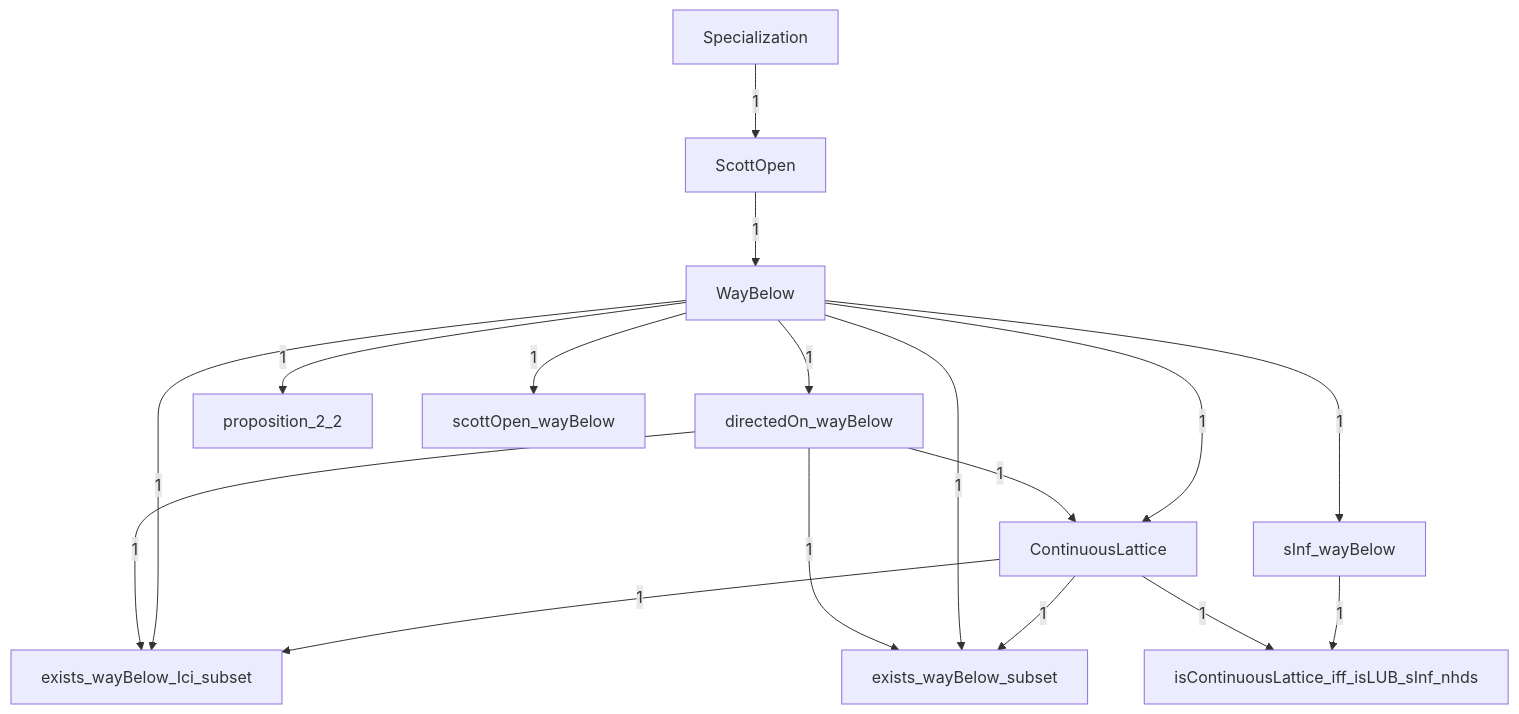
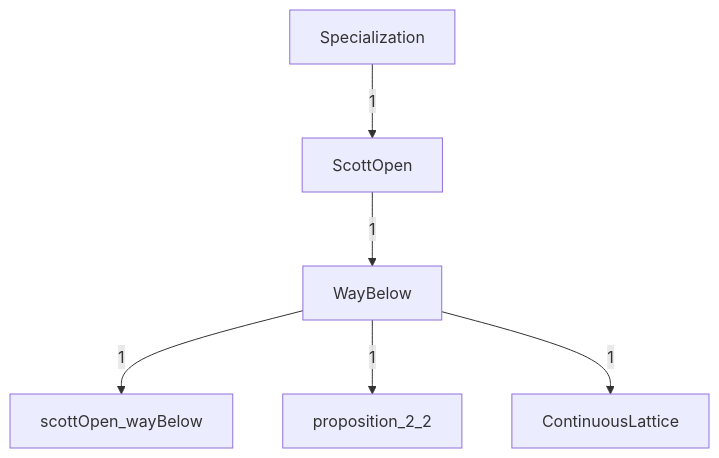
One commit to catskillsresearch/DomainTheory changed the diagram in DomainTheory/ContinuousLattice/WayBelow/WayBelow.mermaid. Above: the diagram before and after it, drawn with Mermaid. The commit also changed 1795 other files, not shown here.

First line of the commit message:
Strip Lean comments and fold WayBelow modules into core files.

```diff
--- a/DomainTheory/ContinuousLattice/WayBelow/WayBelow.mermaid
+++ b/DomainTheory/ContinuousLattice/WayBelow/WayBelow.mermaid
@@ -1,36 +1,20 @@
 %% Inside WayBelow. A box is one Lean file in this folder, or one subfolder.
 %% A box named as another folder is that whole folder. A box named as another chapter is that whole chapter.
 %% The arrowhead points at the file or folder that imports. The label is how many direct imports.
 flowchart TB
 
   N4["ContinuousLattice"]
-  N12["directedOn_wayBelow"]
-  N16["exists_wayBelow_Ici_subset"]
-  N17["exists_wayBelow_subset"]
-  N9["isContinuousLattice_iff_isLUB_sInf_nhds"]
   N19["proposition_2_2"]
   N0["ScottOpen"]
   N18["scottOpen_wayBelow"]
-  N8["sInf_wayBelow"]
   Specialization["Specialization"]
   N2["WayBelow"]
 
   Specialization -->|"1"| N0
-  N2 -->|"1"| N12
-  N12 -->|"1"| N16
-  N2 -->|"1"| N16
-  N4 -->|"1"| N16
-  N12 -->|"1"| N17
-  N2 -->|"1"| N17
-  N4 -->|"1"| N17
   N2 -->|"1"| N18
   N2 -->|"1"| N19
   N0 -->|"1"| N2
-  N12 -->|"1"| N4
   N2 -->|"1"| N4
-  N2 -->|"1"| N8
-  N4 -->|"1"| N9
-  N8 -->|"1"| N9
 
   classDef file fill:#dbeafe,stroke:#1d4ed8,color:#1e3a8a
   classDef ext fill:#f3f4f6,stroke:#374151,color:#111827
```
